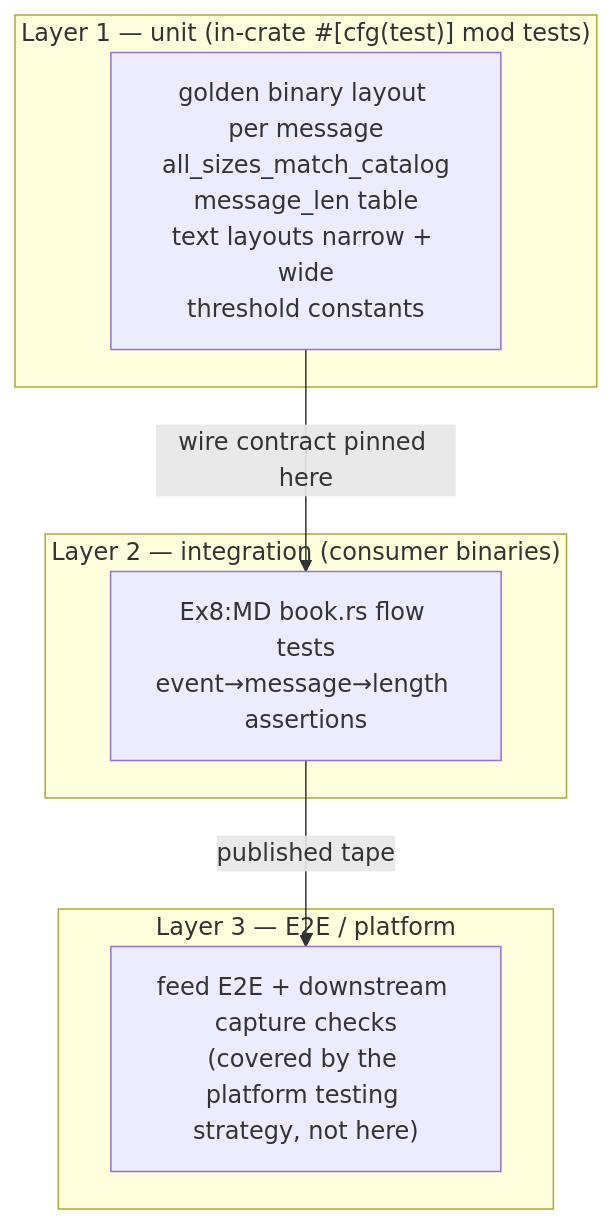
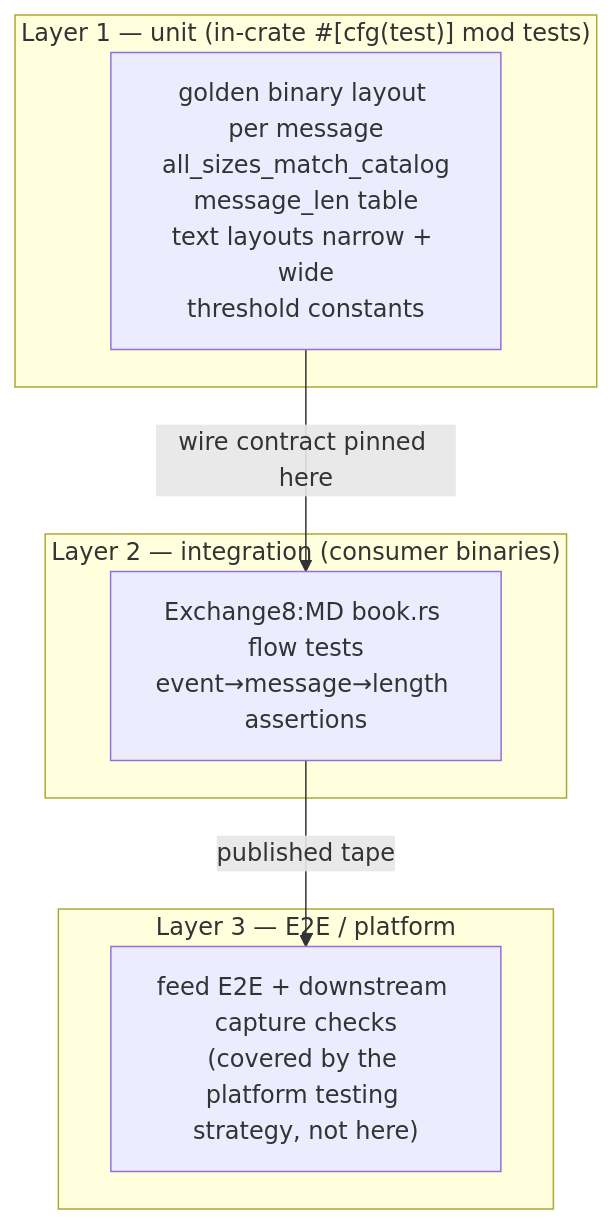
Before and after one commit to Exchange8-dev/exchange8-sdk: the seventh of 7 diagrams in crates/itch/DESIGN.md, drawn with Mermaid. The commit also changed other lines of this file and 29 other files, not shown here.

````diff
--- a/crates/itch/DESIGN.md
+++ b/crates/itch/DESIGN.md
@@ -318,13 +318,13 @@
 ```mermaid
 graph TD
     subgraph P1["Layer 1 — unit (in-crate #[cfg(test)] mod tests)"]
         U1["golden binary layout per message<br/>all_sizes_match_catalog<br/>message_len table<br/>text layouts narrow + wide<br/>threshold constants"]
     end
     subgraph P2["Layer 2 — integration (consumer binaries)"]
-        U2["Ex8:MD book.rs flow tests<br/>event→message→length assertions"]
+        U2["Exchange8:MD book.rs flow tests<br/>event→message→length assertions"]
     end
     subgraph P3["Layer 3 — E2E / platform"]
         U3["feed E2E + downstream capture checks<br/>(covered by the platform testing strategy, not here)"]
     end
     U1 -->|"wire contract pinned here"| U2 -->|"published tape"| U3
 ```
````
